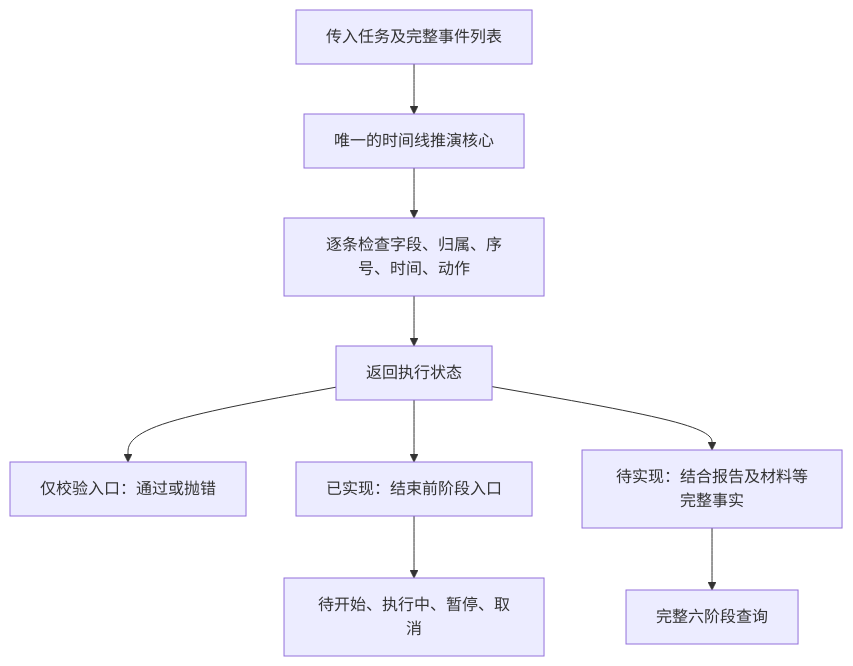
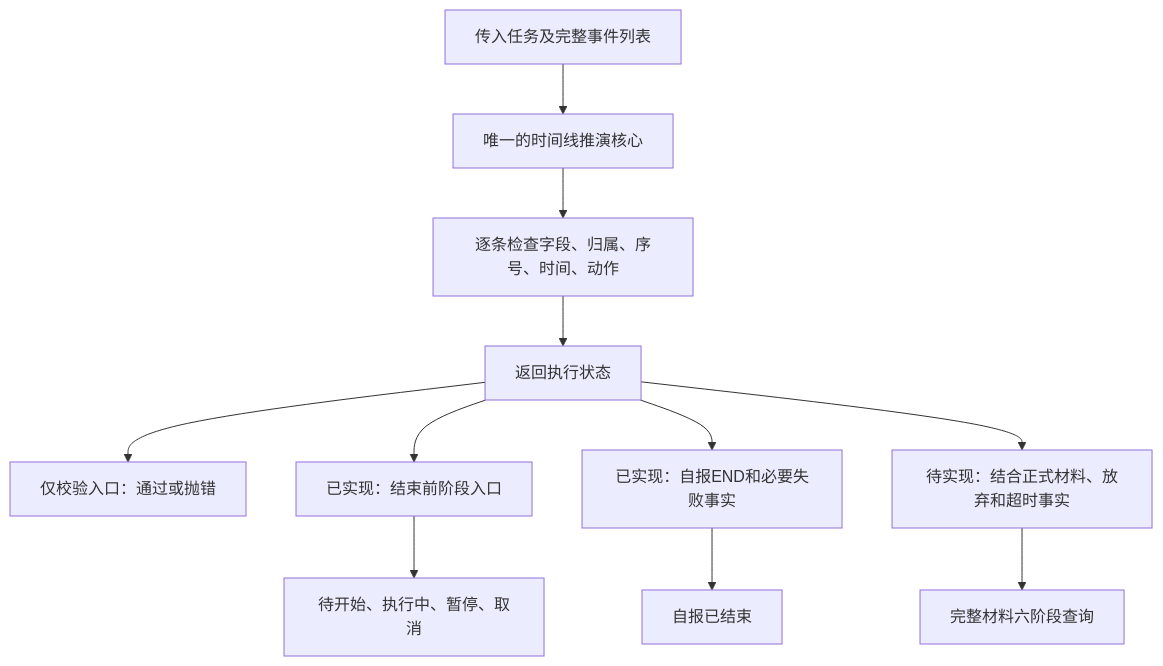
One commit to Liuxin4950/MissionBook changed the diagram in docs/教学/U08-执行事实与阶段设计审查.md. Above: the diagram before and after it, drawn with Mermaid. The commit also changed other lines of this file and 51 other files, not shown here.

````diff
--- a/docs/教学/U08-执行事实与阶段设计审查.md
+++ b/docs/教学/U08-执行事实与阶段设计审查.md
@@ -38,11 +40,13 @@
 ```mermaid
 flowchart TD
     A[传入任务及完整事件列表] --> B[唯一的时间线推演核心]
     B --> C[逐条检查字段、归属、序号、时间、动作]
     C --> D[返回执行状态]
     D --> E[仅校验入口：通过或抛错]
     D --> F[已实现：结束前阶段入口]
     F --> G[待开始、执行中、暂停、取消]
-    D --> H[待实现：结合报告及材料等完整事实]
-    H --> I[完整六阶段查询]
+    D --> H[已实现：自报END和必要失败事实]
+    H --> J[自报已结束]
+    D --> K[待实现：结合正式材料、放弃和超时事实]
+    K --> I[完整材料六阶段查询]
 ```
````
